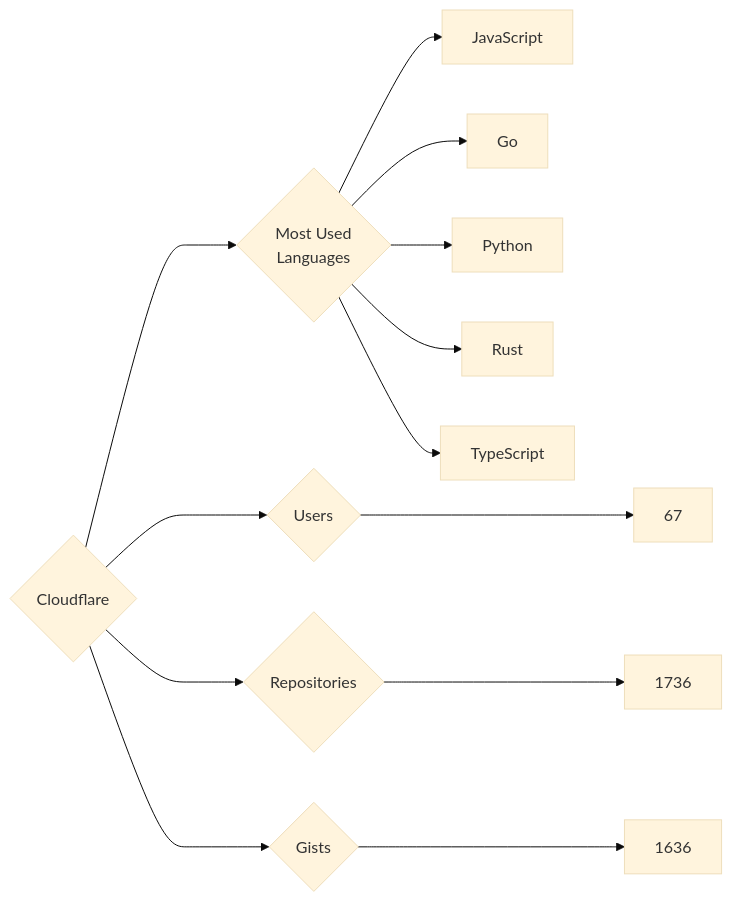
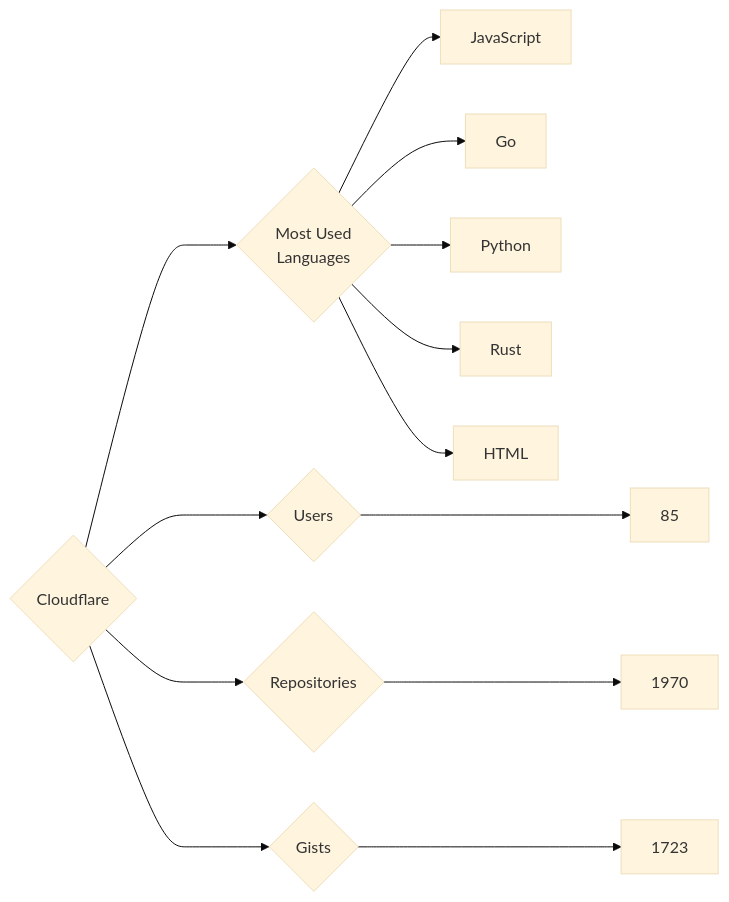
One commit to trickest/insiders changed the diagram in targets/Cloudflare/README.md. Above: the diagram before and after it, drawn with Mermaid (base theme). The commit also changed 882 other files, not shown here.

````diff
--- a/targets/Cloudflare/README.md
+++ b/targets/Cloudflare/README.md
@@ -3,13 +3,13 @@
 ```mermaid
 graph LR
 COMPANY_NAME{Cloudflare}
-COMPANY_NAME ---> U{Users} ---> UN[67]
-COMPANY_NAME ---> R{Repositories} ---> RN[1736]
-COMPANY_NAME ---> G{Gists} ---> GN[1636]
+COMPANY_NAME ---> U{Users} ---> UN[85]
+COMPANY_NAME ---> R{Repositories} ---> RN[1970]
+COMPANY_NAME ---> G{Gists} ---> GN[1723]
 COMPANY_NAME ---> ML{Most Used<br>Languages}
 ML --> JavaScript[JavaScript]
 ML --> Go[Go]
 ML --> Python[Python]
 ML --> Rust[Rust]
-ML --> TypeScript[TypeScript]
+ML --> HTML[HTML]
 ```
````
